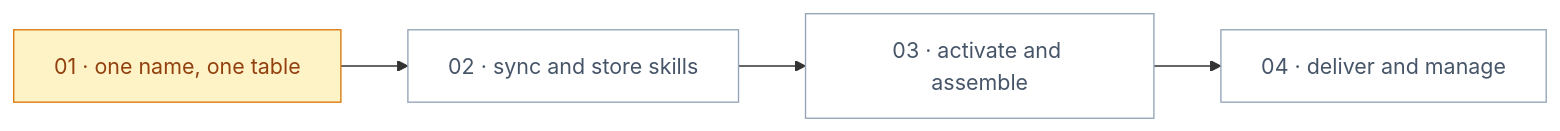
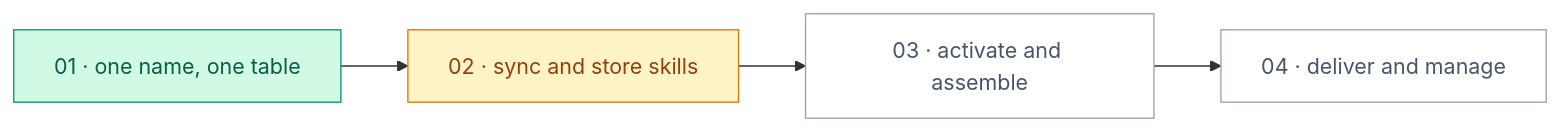
The diagram in specs/plugins-terminology-and-scope.md (aorwall/moatless), drawn with Mermaid before and after one commit. The commit also changed other lines of this file and 22 other files, not shown here.

First line of the commit message:
feat: sync plugins centrally and store their skills

````diff
--- a/specs/plugins-terminology-and-scope.md
+++ b/specs/plugins-terminology-and-scope.md
@@ -38,10 +38,10 @@
 ```mermaid
 flowchart LR
-  T1["01 · one name, one table"]:::wip --> T2["02 · sync and store skills"]:::todo
+  T1["01 · one name, one table"]:::done --> T2["02 · sync and store skills"]:::wip
   T2 --> T3["03 · activate and assemble"]:::todo
   T3 --> T4["04 · deliver and manage"]:::todo
   classDef done fill:#d1fae5,stroke:#059669,color:#065f46
   classDef wip fill:#fef3c7,stroke:#d97706,color:#92400e
   classDef todo fill:#ffffff,stroke:#94a3b8,color:#475569
   classDef blocked fill:#f1f5f9,stroke:#cbd5e1,color:#94a3b8
 ```
````
